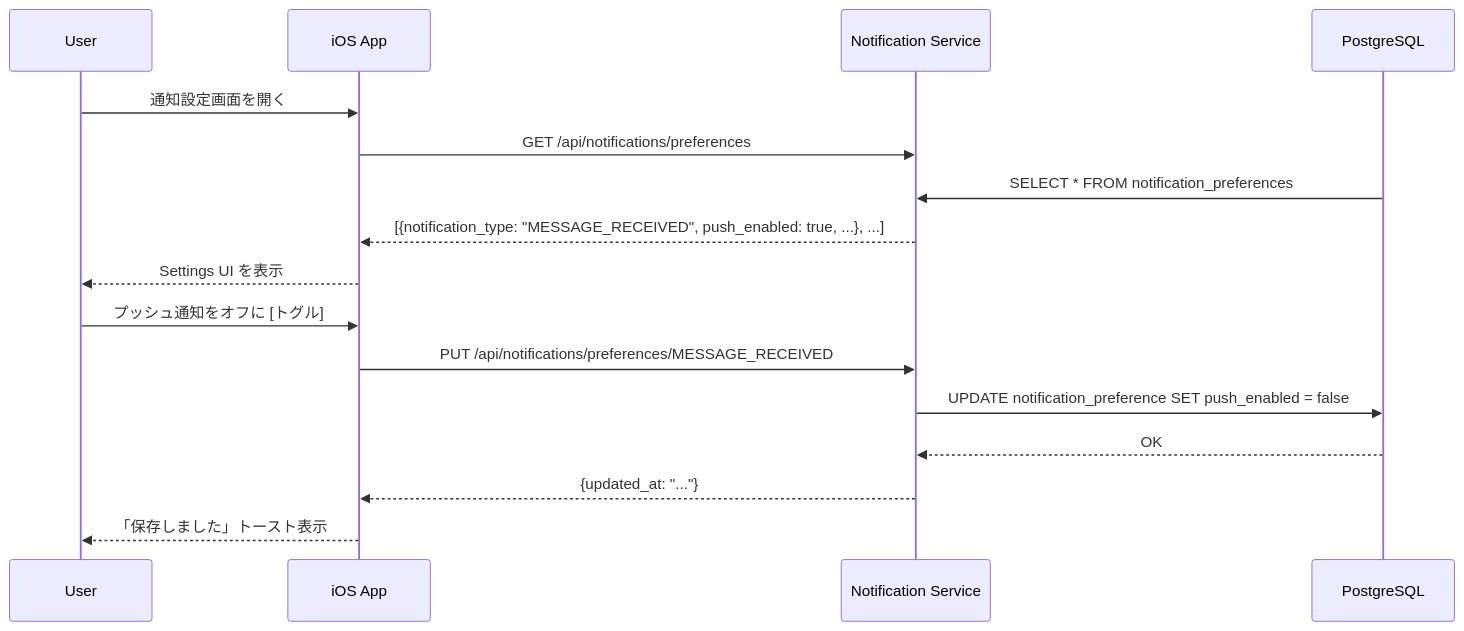
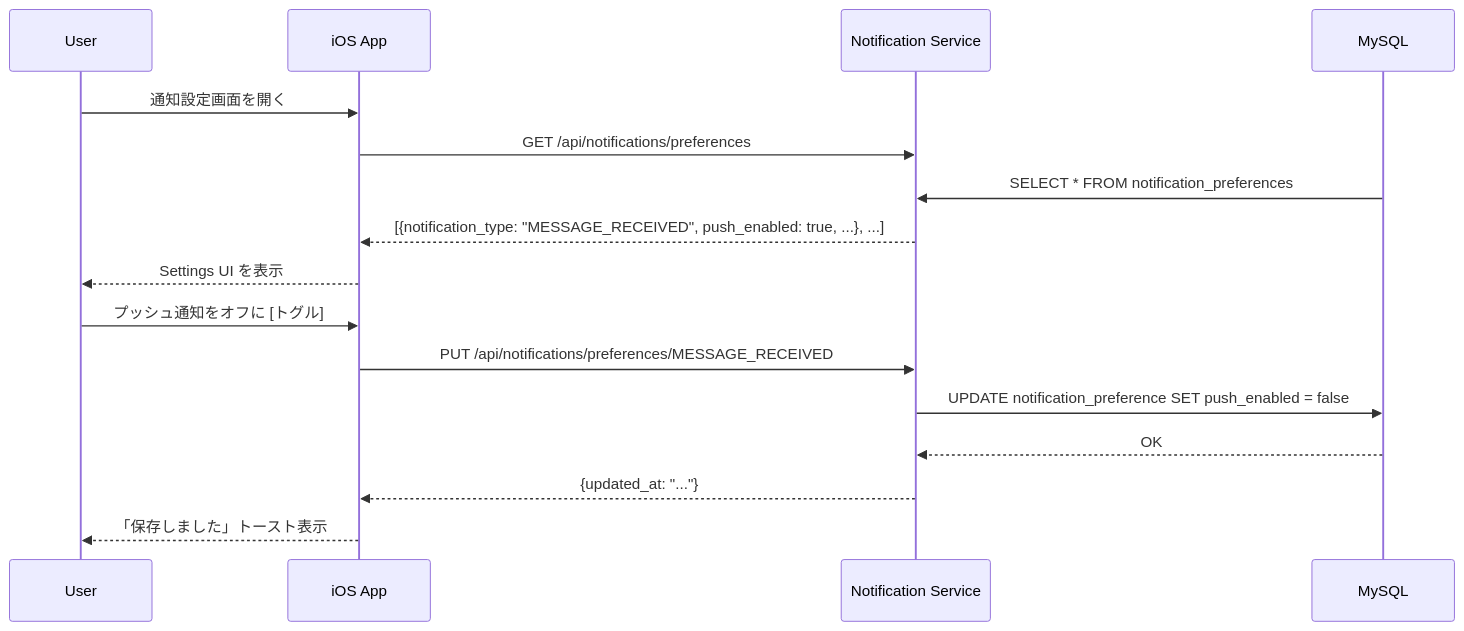
One commit to Willen-Federation/Recerdo-Developers-Docs changed the third of 3 diagrams in docs/features/notifications/push-notification.md. Above: the diagram before and after it, drawn with Mermaid. The commit also changed other lines of this file and 31 other files, not shown here.

````diff
--- a/docs/features/notifications/push-notification.md
+++ b/docs/features/notifications/push-notification.md
@@ -302,21 +302,21 @@
 ```mermaid
 sequenceDiagram
     participant User as User
     participant App as iOS App
     participant Notif as Notification Service
-    participant DB as PostgreSQL
+    participant DB as MySQL
     
     User ->> App: 通知設定画面を開く
     App ->> Notif: GET /api/notifications/preferences
     DB ->> Notif: SELECT * FROM notification_preferences
     Notif -->> App: [{notification_type: "MESSAGE_RECEIVED", push_enabled: true, ...}, ...]
     App -->> User: Settings UI を表示
     
     User ->> App: プッシュ通知をオフに [トグル]
     App ->> Notif: PUT /api/notifications/preferences/MESSAGE_RECEIVED
     Notif ->> DB: UPDATE notification_preference SET push_enabled = false
     DB -->> Notif: OK
     
     Notif -->> App: {updated_at: "..."}
     App -->> User: 「保存しました」トースト表示
 ```
````
